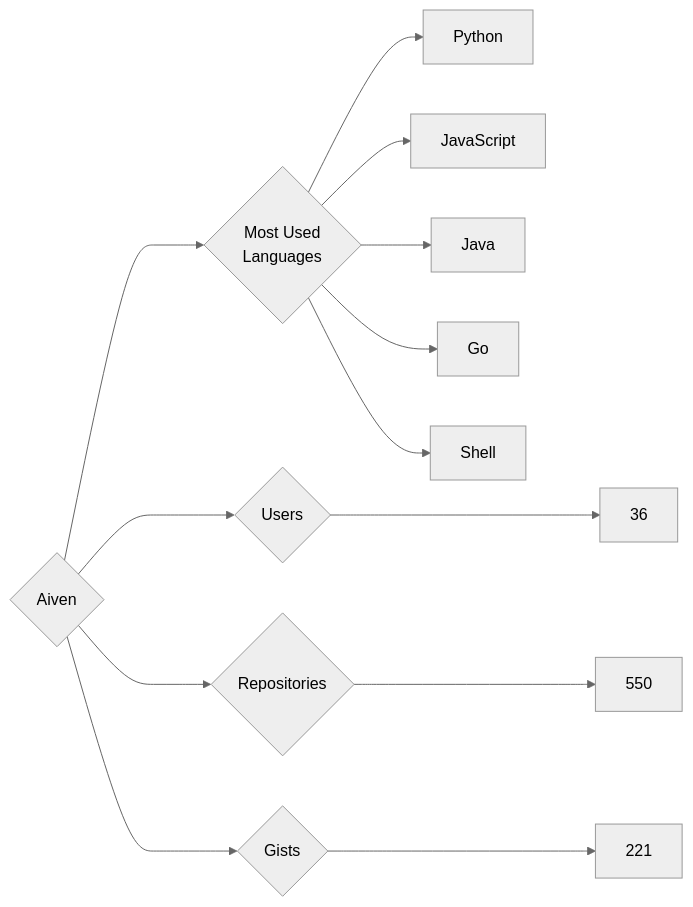
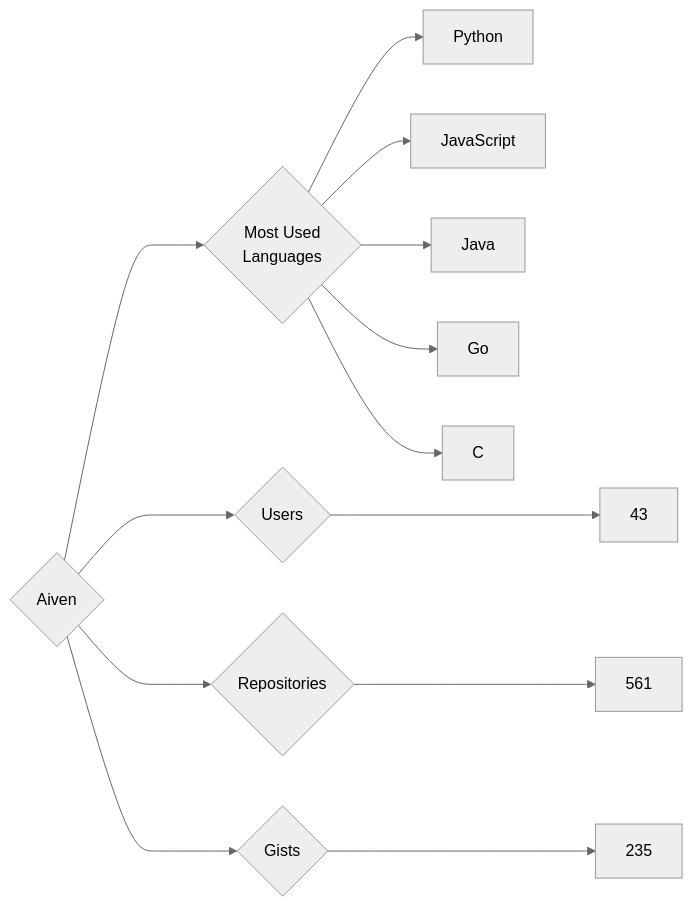
The diagram in targets/Aiven/README.md (trickest/insiders), drawn with Mermaid (neutral theme) before and after one commit. The commit also changed 1084 other files, not shown here.

````diff
--- a/targets/Aiven/README.md
+++ b/targets/Aiven/README.md
@@ -3,13 +3,13 @@
 ```mermaid
 graph LR
 COMPANY_NAME{Aiven}
-COMPANY_NAME ---> U{Users} ---> UN[36]
-COMPANY_NAME ---> R{Repositories} ---> RN[550]
-COMPANY_NAME ---> G{Gists} ---> GN[221]
+COMPANY_NAME ---> U{Users} ---> UN[43]
+COMPANY_NAME ---> R{Repositories} ---> RN[561]
+COMPANY_NAME ---> G{Gists} ---> GN[235]
 COMPANY_NAME ---> ML{Most Used<br>Languages}
 ML --> Python[Python]
 ML --> JavaScript[JavaScript]
 ML --> Java[Java]
 ML --> Go[Go]
-ML --> Shell[Shell]
+ML --> C[C]
 ```
````
